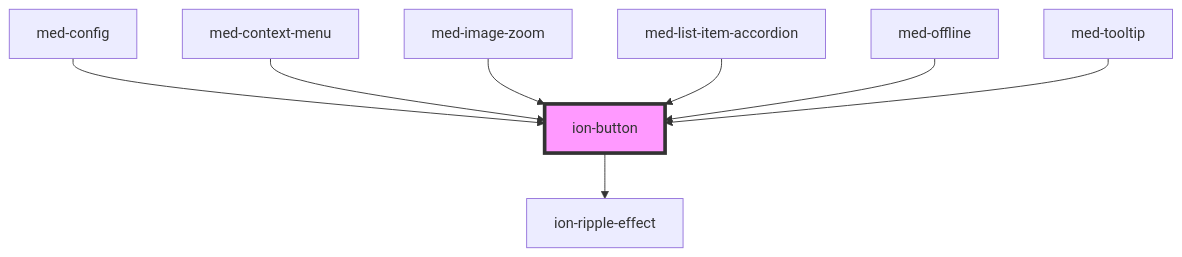
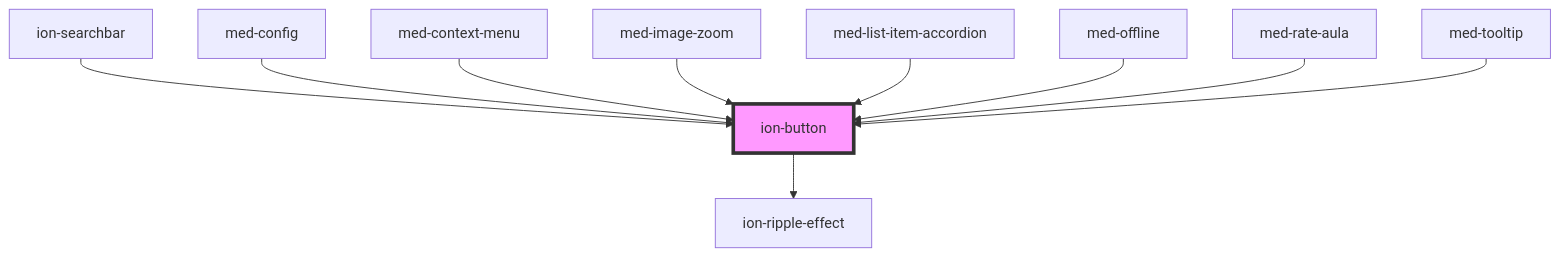
The diagram in core/src/components/button/readme.md (MEDGRUPOGIT/ionic-framework-1), drawn with Mermaid before and after one commit. The commit also changed other lines of this file and 142 other files, not shown here.

````diff
--- a/core/src/components/button/readme.md
+++ b/core/src/components/button/readme.md
@@ -385,11 +387,13 @@
 ```mermaid
 graph TD;
   ion-button --> ion-ripple-effect
+  ion-searchbar --> ion-button
   med-config --> ion-button
   med-context-menu --> ion-button
   med-image-zoom --> ion-button
   med-list-item-accordion --> ion-button
   med-offline --> ion-button
+  med-rate-aula --> ion-button
   med-tooltip --> ion-button
   style ion-button fill:#f9f,stroke:#333,stroke-width:4px
 ```
````
